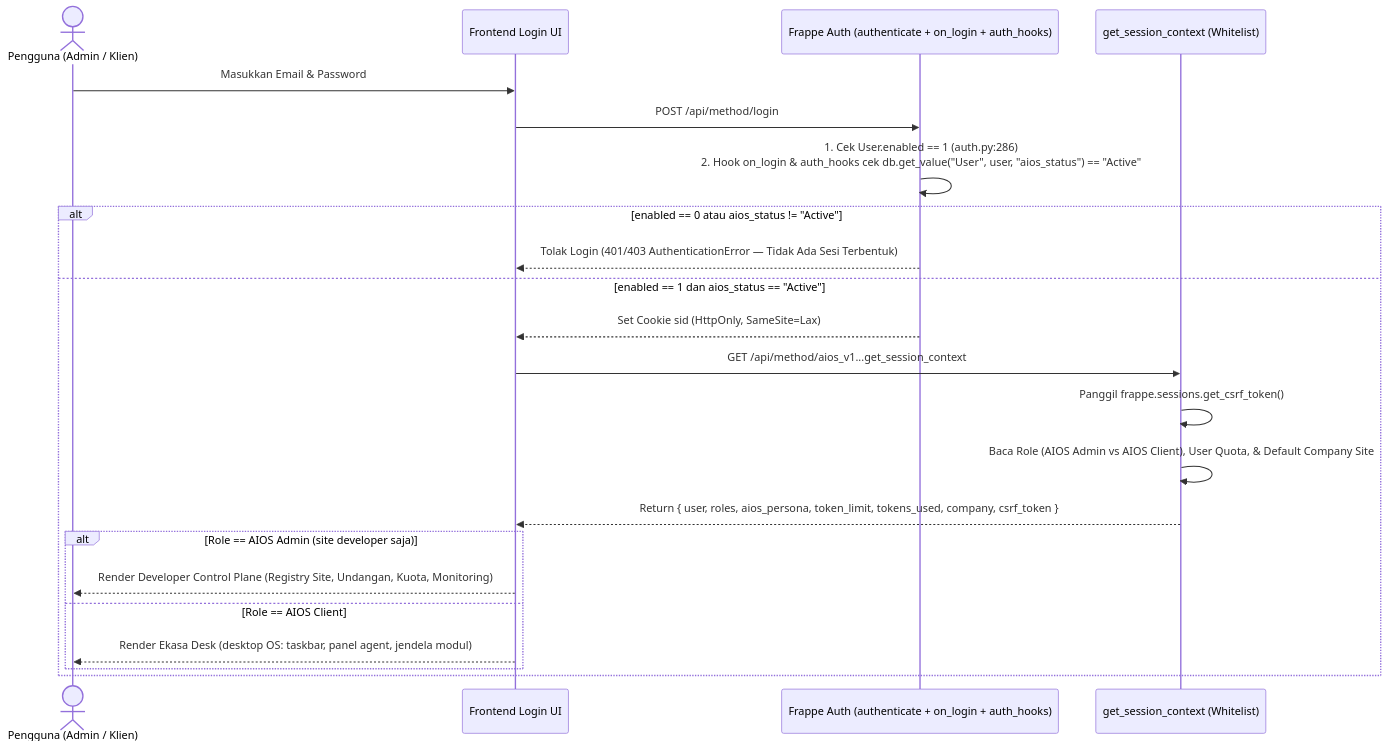
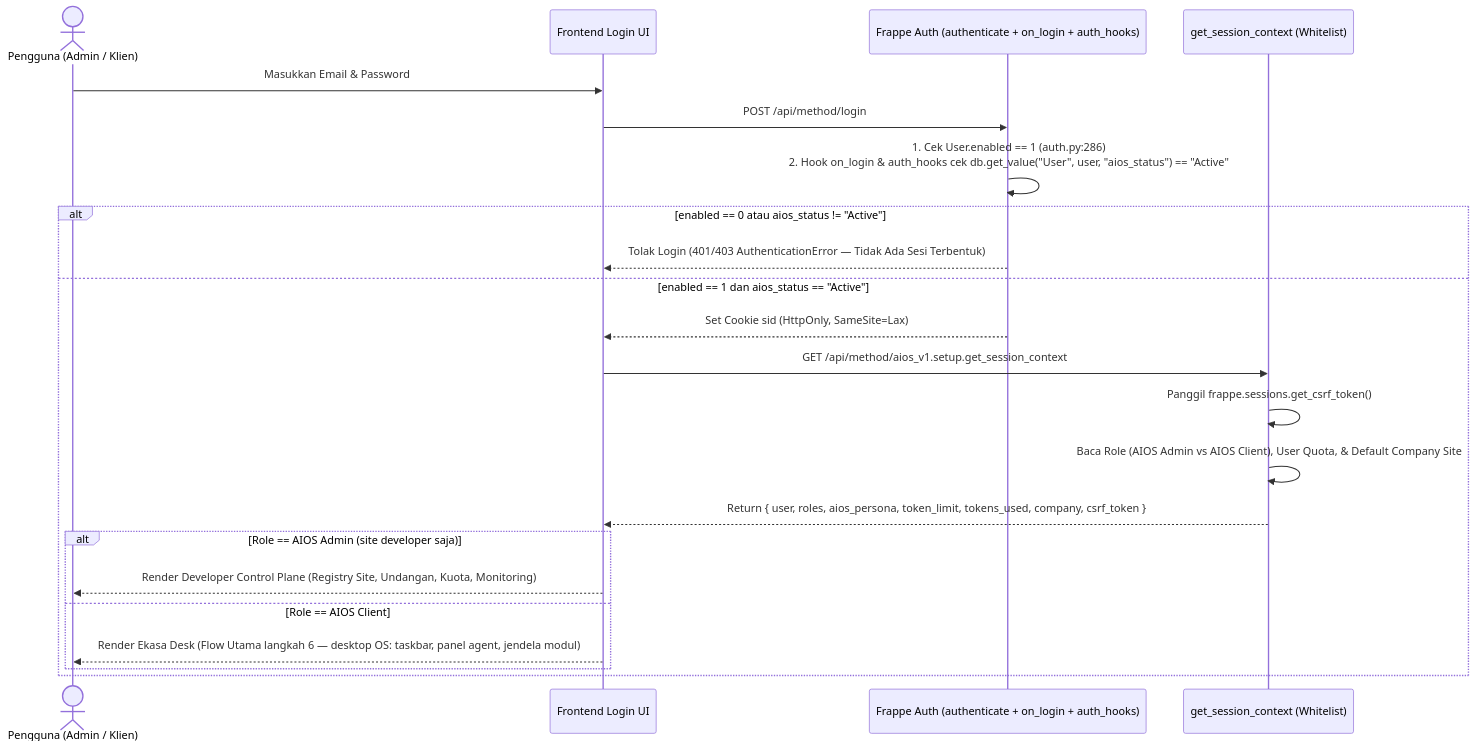
The third of 8 diagrams in docs/04-alur-kerja-sistem.md (Tenshi1308/aios-frappe-16), drawn with Mermaid before and after one commit. The commit also changed other lines of this file and 30 other files, not shown here.

````diff
--- a/docs/04-alur-kerja-sistem.md
+++ b/docs/04-alur-kerja-sistem.md
@@ -99,25 +99,25 @@
 ```mermaid
 sequenceDiagram
     actor User as Pengguna (Admin / Klien)
     participant UI as Frontend Login UI
     participant FrappeAuth as Frappe Auth (authenticate + on_login + auth_hooks)
     participant CtxAPI as get_session_context (Whitelist)
 
     User->>UI: Masukkan Email & Password
     UI->>FrappeAuth: POST /api/method/login
     FrappeAuth->>FrappeAuth: 1. Cek User.enabled == 1 (auth.py:286)<br/>2. Hook on_login & auth_hooks cek db.get_value("User", user, "aios_status") == "Active"
     alt enabled == 0 atau aios_status != "Active"
         FrappeAuth-->>UI: Tolak Login (401/403 AuthenticationError — Tidak Ada Sesi Terbentuk)
     else enabled == 1 dan aios_status == "Active"
         FrappeAuth-->>UI: Set Cookie sid (HttpOnly, SameSite=Lax)
-        UI->>CtxAPI: GET /api/method/aios_v1...get_session_context
+        UI->>CtxAPI: GET /api/method/aios_v1.setup.get_session_context
         CtxAPI->>CtxAPI: Panggil frappe.sessions.get_csrf_token()
         CtxAPI->>CtxAPI: Baca Role (AIOS Admin vs AIOS Client), User Quota, & Default Company Site
         CtxAPI-->>UI: Return { user, roles, aios_persona, token_limit, tokens_used, company, csrf_token }
         alt Role == AIOS Admin (site developer saja)
             UI-->>User: Render Developer Control Plane (Registry Site, Undangan, Kuota, Monitoring)
         else Role == AIOS Client
-            UI-->>User: Render Ekasa Desk (desktop OS: taskbar, panel agent, jendela modul)
+            UI-->>User: Render Ekasa Desk (Flow Utama langkah 6 — desktop OS: taskbar, panel agent, jendela modul)
         end
     end
 ```
````
